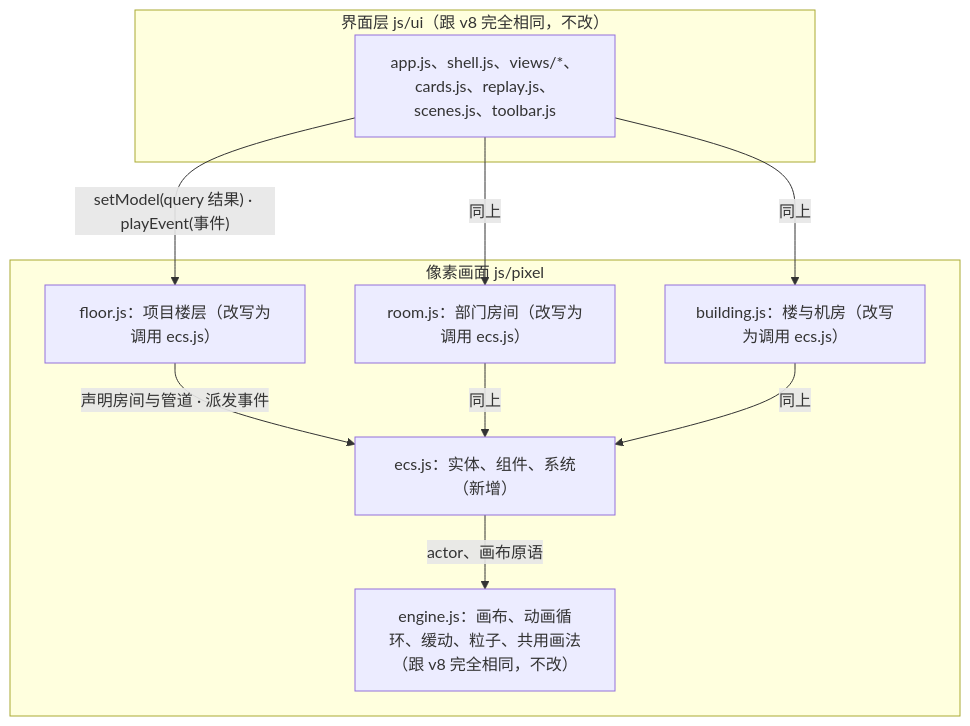
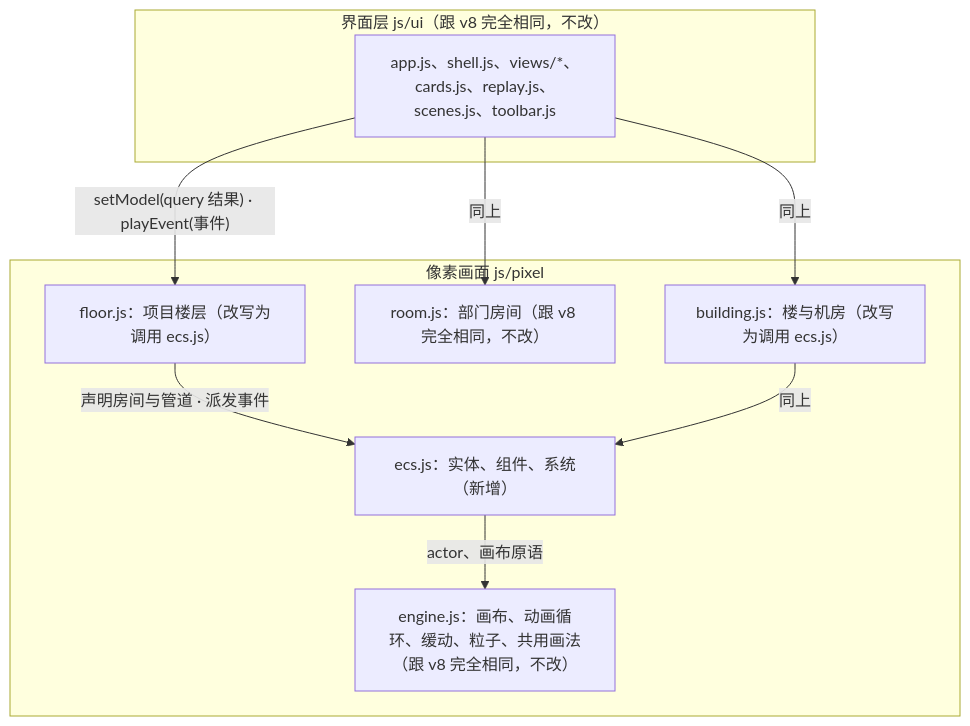
One commit to bender2333/yudao changed the diagram in docs/prototypes/v9/BUILD.md. Above: the diagram before and after it, drawn with Mermaid. The commit also changed other lines of this file and 3 other files, not shown here.

First line of the commit message:
docs: v9 部门房间 room.js 保持 v8 原样，只改项目楼层与楼

````diff
--- a/docs/prototypes/v9/BUILD.md
+++ b/docs/prototypes/v9/BUILD.md
@@ -7,20 +7,19 @@
 ```mermaid
 flowchart TB
     subgraph UI["界面层 js/ui（跟 v8 完全相同，不改）"]
         App["app.js、shell.js、views/*、cards.js、replay.js、scenes.js、toolbar.js"]
     end
     subgraph Pixel["像素画面 js/pixel"]
         Ecs["ecs.js：实体、组件、系统（新增）"]
         Floor["floor.js：项目楼层（改写为调用 ecs.js）"]
-        Room["room.js：部门房间（改写为调用 ecs.js）"]
+        Room["room.js：部门房间（跟 v8 完全相同，不改）"]
         Building["building.js：楼与机房（改写为调用 ecs.js）"]
         Engine["engine.js：画布、动画循环、缓动、粒子、共用画法（跟 v8 完全相同，不改）"]
     end
     App -->|"setModel(query 结果) · playEvent(事件)"| Floor
     App -->|"同上"| Room
     App -->|"同上"| Building
     Floor -->|"声明房间与管道 · 派发事件"| Ecs
-    Room -->|"同上"| Ecs
     Building -->|"同上"| Ecs
     Ecs -->|"actor、画布原语"| Engine
 ```
````
